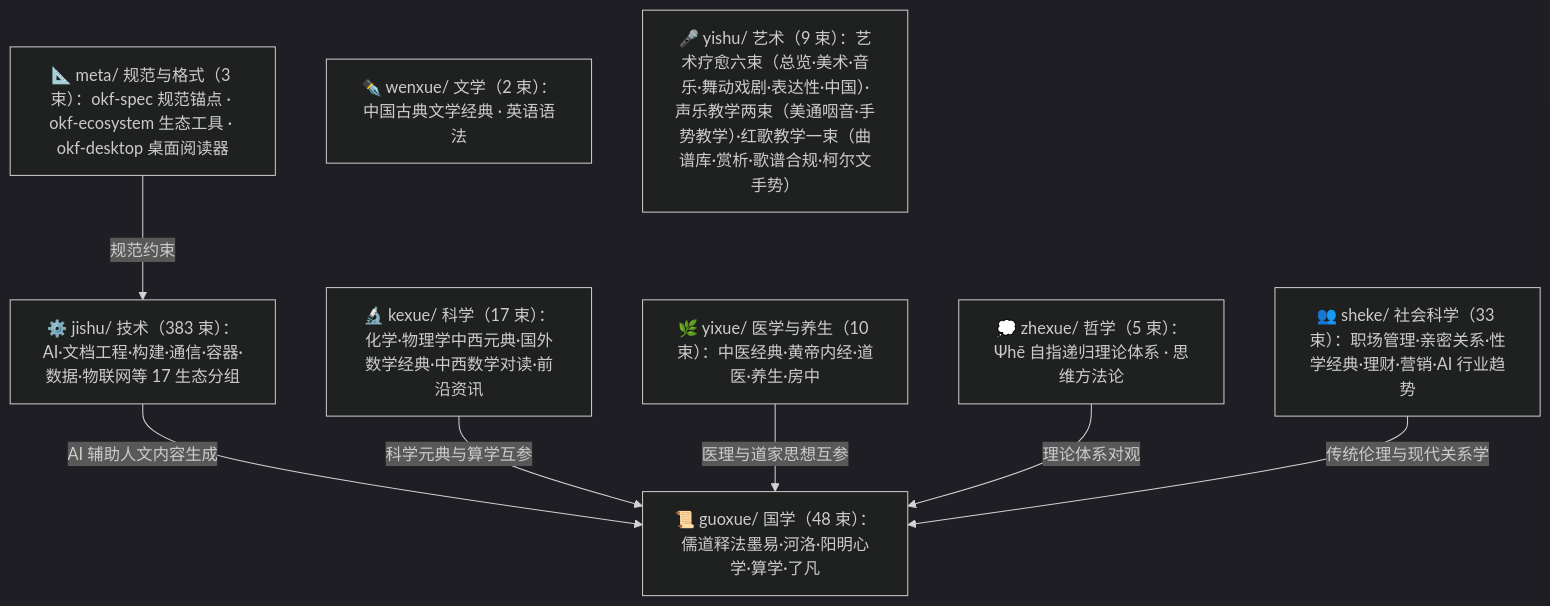
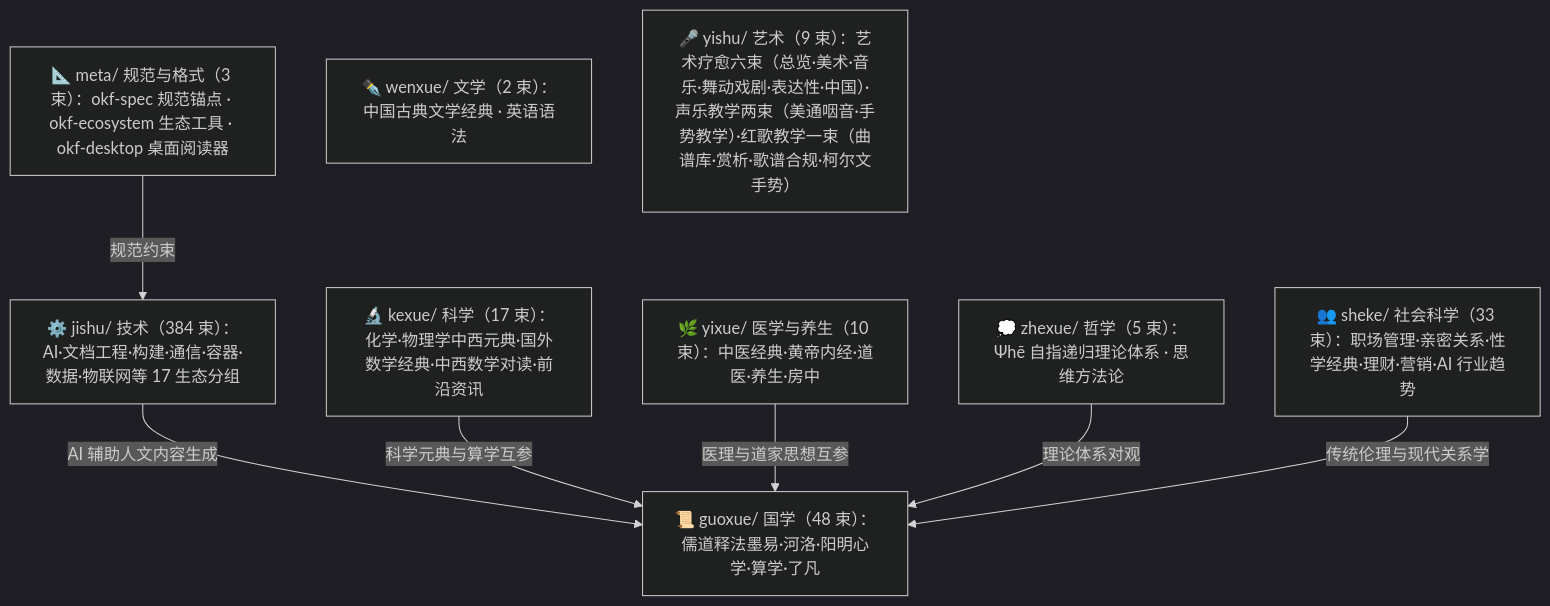
The diagram in doc/bundles/index.md (awesome-flexloop/awesome-okf), drawn with Mermaid (dark theme) before and after one commit. The commit also changed other lines of this file and 17 other files, not shown here.

````diff
--- a/doc/bundles/index.md
+++ b/doc/bundles/index.md
@@ -21,18 +21,18 @@
 ```mermaid
 flowchart TD
     meta["📐 meta/ 规范与格式（3 束）：okf-spec 规范锚点 · okf-ecosystem 生态工具 · okf-desktop 桌面阅读器"]
     guoxue["📜 guoxue/ 国学（48 束）：儒道释法墨易·河洛·阳明心学·算学·了凡"]
     zhexue["💭 zhexue/ 哲学（5 束）：Ψhē 自指递归理论体系 · 思维方法论"]
     kexue["🔬 kexue/ 科学（17 束）：化学·物理学中西元典·国外数学经典·中西数学对读·前沿资讯"]
     wenxue["✒️ wenxue/ 文学（2 束）：中国古典文学经典 · 英语语法"]
     yixue["🌿 yixue/ 医学与养生（10 束）：中医经典·黄帝内经·道医·养生·房中"]
     sheke["👥 sheke/ 社会科学（33 束）：职场管理·亲密关系·性学经典·理财·营销·AI 行业趋势"]
     yishu["🎤 yishu/ 艺术（9 束）：艺术疗愈六束（总览·美术·音乐·舞动戏剧·表达性·中国）·声乐教学两束（美通咽音·手势教学）·红歌教学一束（曲谱库·赏析·歌谱合规·柯尔文手势）"]
-    jishu["⚙️ jishu/ 技术（383 束）：AI·文档工程·构建·通信·容器·数据·物联网等 17 生态分组"]
+    jishu["⚙️ jishu/ 技术（384 束）：AI·文档工程·构建·通信·容器·数据·物联网等 17 生态分组"]
     meta -->|"规范约束"| jishu
     jishu -->|"AI 辅助人文内容生成"| guoxue
     kexue -->|"科学元典与算学互参"| guoxue
     yixue -->|"医理与道家思想互参"| guoxue
     zhexue -->|"理论体系对观"| guoxue
     sheke -->|"传统伦理与现代关系学"| guoxue
 ```
````
